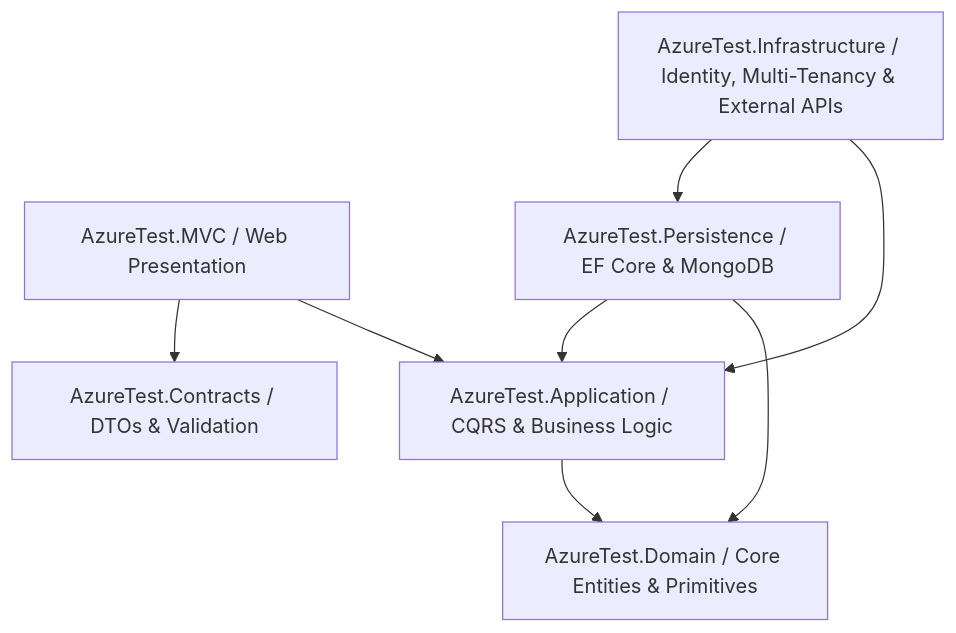
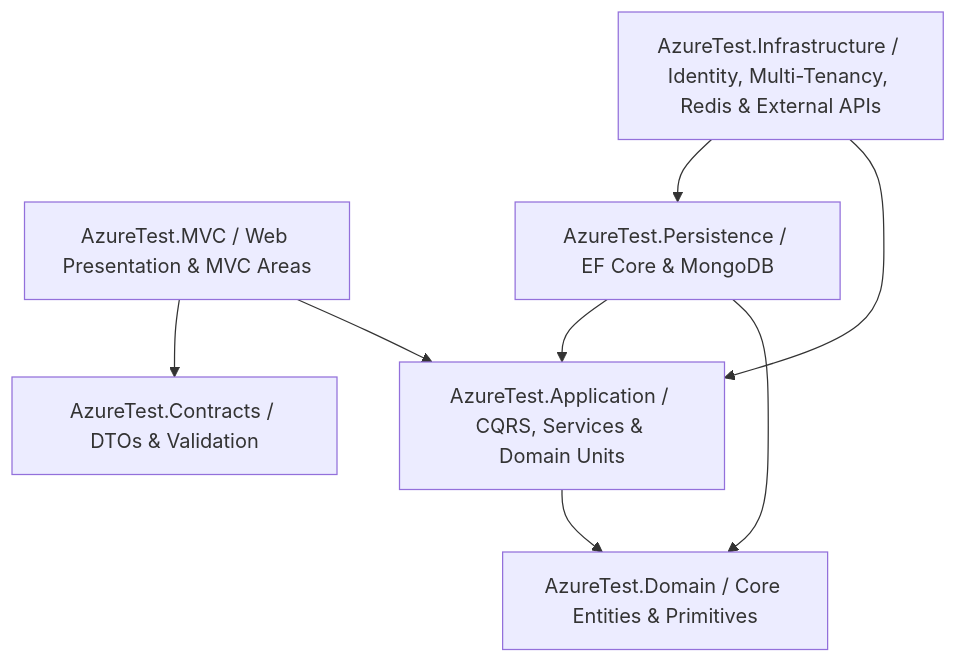
The first of 2 diagrams in README.md (Hos3ein3/AzureTest), drawn with Mermaid before and after one commit. The commit also changed other lines of this file and 56 other files, not shown here.

````diff
--- a/README.md
+++ b/README.md
@@ -9,10 +9,10 @@
 ```mermaid
 graph TD
-    UI[AzureTest.MVC / Web Presentation] --> Application[AzureTest.Application / CQRS & Business Logic]
+    UI[AzureTest.MVC / Web Presentation & MVC Areas] --> Application[AzureTest.Application / CQRS, Services & Domain Units]
     UI --> Contracts[AzureTest.Contracts / DTOs & Validation]
     Application --> Domain[AzureTest.Domain / Core Entities & Primitives]
     Persistence[AzureTest.Persistence / EF Core & MongoDB] --> Domain
     Persistence --> Application
-    Infrastructure[AzureTest.Infrastructure / Identity, Multi-Tenancy & External APIs] --> Application
+    Infrastructure[AzureTest.Infrastructure / Identity, Multi-Tenancy, Redis & External APIs] --> Application
     Infrastructure --> Persistence
 ```
````
